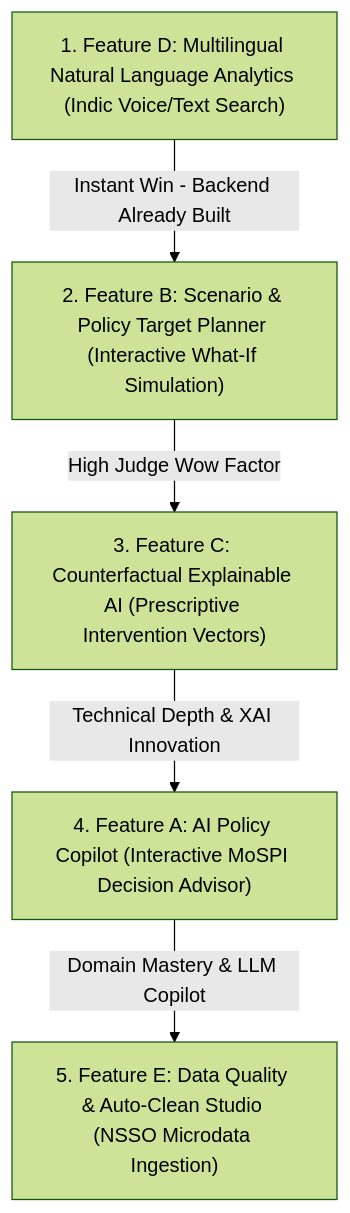
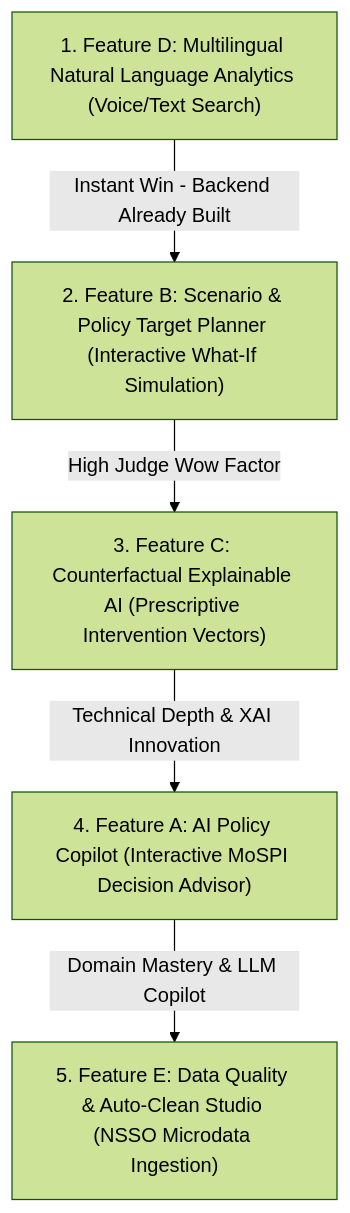
One commit to bezawadamahidhar20-droid/StatIntel-AI changed the diagram in TECHNICAL_RISK_REGISTER.md. Above: the diagram before and after it, drawn with Mermaid (forest theme). The commit also changed other lines of this file and 36 other files, not shown here.

````diff
--- a/TECHNICAL_RISK_REGISTER.md
+++ b/TECHNICAL_RISK_REGISTER.md
@@ -27,7 +27,7 @@
 ```mermaid
 flowchart TD
-    STEP1["1. Feature D: Multilingual Natural Language Analytics (Indic Voice/Text Search)"] -->|Instant Win - Backend Already Built| STEP2["2. Feature B: Scenario & Policy Target Planner (Interactive What-If Simulation)"]
+    STEP1["1. Feature D: Multilingual Natural Language Analytics (Voice/Text Search)"] -->|Instant Win - Backend Already Built| STEP2["2. Feature B: Scenario & Policy Target Planner (Interactive What-If Simulation)"]
     STEP2 -->|High Judge Wow Factor| STEP3["3. Feature C: Counterfactual Explainable AI (Prescriptive Intervention Vectors)"]
     STEP3 -->|Technical Depth & XAI Innovation| STEP4["4. Feature A: AI Policy Copilot (Interactive MoSPI Decision Advisor)"]
     STEP4 -->|Domain Mastery & LLM Copilot| STEP5["5. Feature E: Data Quality & Auto-Clean Studio (NSSO Microdata Ingestion)"]
 ```
````
